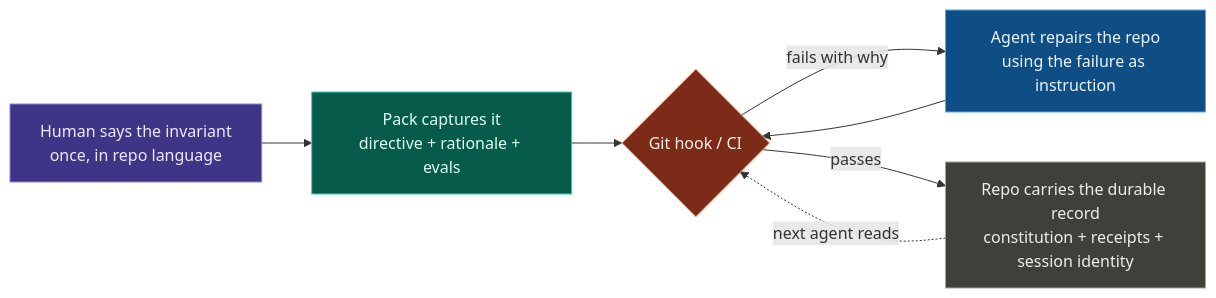
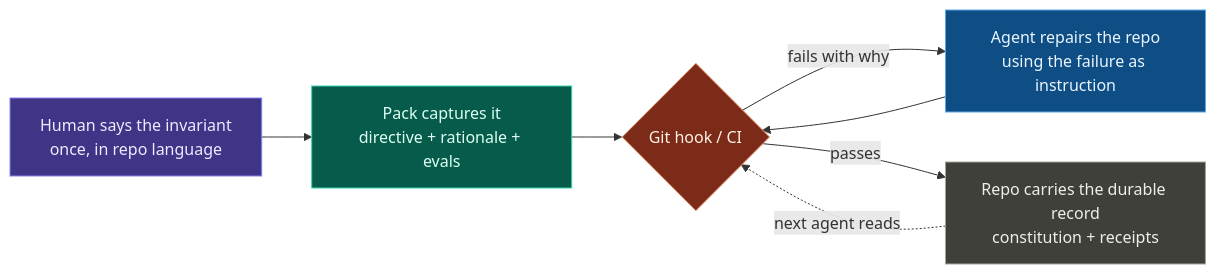
The first of 3 diagrams in docs/guide/mental-models.mdx (Duaility/governance-kit), drawn with Mermaid before and after one commit. The commit also changed other lines of this file and 124 other files, not shown here.

````diff
--- a/docs/guide/mental-models.mdx
+++ b/docs/guide/mental-models.mdx
@@ -14,25 +14,25 @@
 ```mermaid
 flowchart LR
     H["Human says the invariant<br/>once, in repo language"]
     P["Pack captures it<br/>directive + rationale + evals"]
     G{"Git hook / CI"}
     A["Agent repairs the repo<br/>using the failure as instruction"]
-    R["Repo carries the durable record<br/>constitution + receipts + session identity"]
+    R["Repo carries the durable record<br/>constitution + receipts"]
 
     H --> P --> G
     G -- "fails with why" --> A
     A --> G
     G -- "passes" --> R
     R -.->|"next agent reads"| G
 
     classDef human fill:#3f3586,stroke:#8b7ff0,color:#eeeaff
     classDef directive fill:#075b4a,stroke:#36d6af,color:#dcfff4
     classDef gate fill:#7b2b17,stroke:#ef9673,color:#fff0e8
     classDef agent fill:#0e4e85,stroke:#5aa8e9,color:#e9f5ff
     classDef record fill:#3f403a,stroke:#a5a49b,color:#efeee8
     class H human
     class P directive
     class G gate
     class A agent
     class R record
 ```
````
